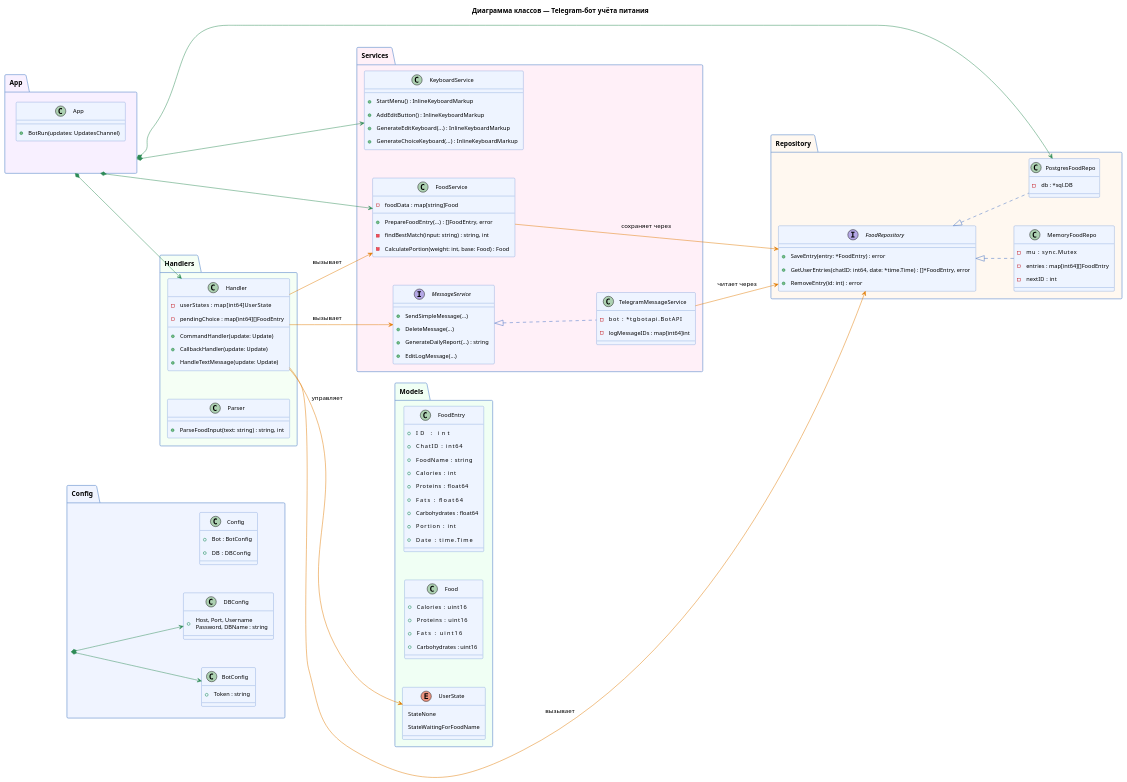
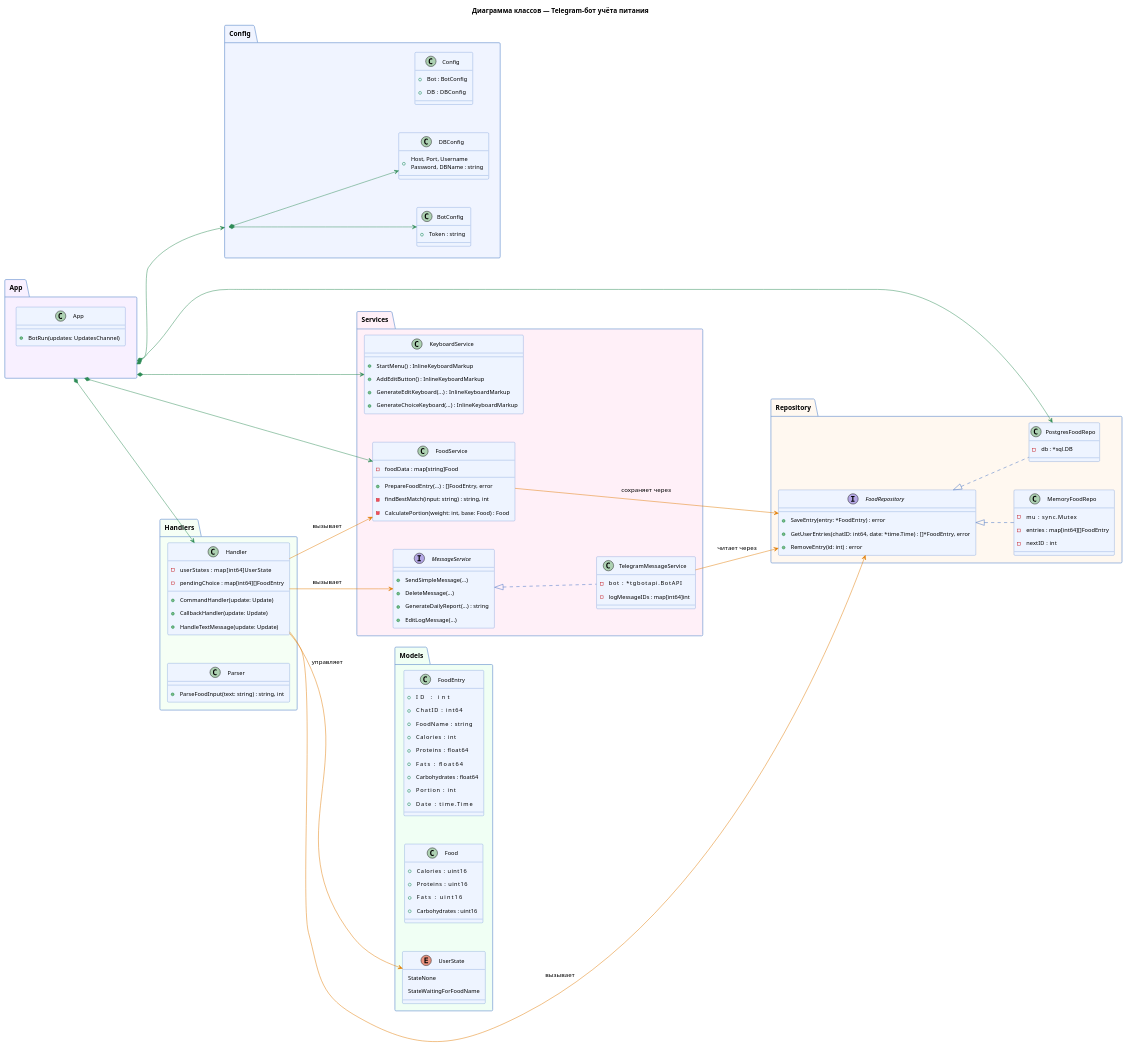
Before and after one commit to AD1N23/Spec: the diagram in Задание 2/classes.puml, drawn with PlantUML. The commit also changed 7 other files, not shown here.

Commit message:
Redesign activity with colored swimlanes, split sequence into seq_1/2/3

```diff
--- a/Задание 2/classes.puml
+++ b/Задание 2/classes.puml
@@ -1,134 +1,135 @@
 @startuml classes
 skinparam ClassBackgroundColor #EEF4FF
 skinparam ClassBorderColor #3A6BC4
 skinparam ClassFontSize 13
 skinparam ClassAttributeFontSize 12
 skinparam PackageBackgroundColor #F5F8FF
 skinparam PackageBorderColor #7A9FD4
 skinparam Padding 6
 skinparam Nodesep 60
 skinparam Ranksep 80
 
 left to right direction
 
 title Диаграмма классов — Telegram-бот учёта питания
 
 package "Config" #F0F4FF {
   class Config {
     +Bot : BotConfig
     +DB  : DBConfig
   }
   class BotConfig {
     +Token : string
   }
   class DBConfig {
     +Host, Port, Username\nPassword, DBName : string
   }
 }
 
 package "Models" #F0FFF4 {
   class FoodEntry {
     +ID            : int
     +ChatID        : int64
     +FoodName      : string
     +Calories      : int
     +Proteins      : float64
     +Fats          : float64
     +Carbohydrates : float64
     +Portion       : int
     +Date          : time.Time
   }
   class Food {
     +Calories      : uint16
     +Proteins      : uint16
     +Fats          : uint16
     +Carbohydrates : uint16
   }
   enum UserState {
     StateNone
     StateWaitingForFoodName
   }
 }
 
 package "Repository" #FFF8F0 {
   interface FoodRepository {
     +SaveEntry(entry: *FoodEntry) : error
     +GetUserEntries(chatID: int64, date: *time.Time) : []*FoodEntry, error
     +RemoveEntry(id: int) : error
   }
   class PostgresFoodRepo {
     -db : *sql.DB
   }
   class MemoryFoodRepo {
     -mu      : sync.Mutex
     -entries : map[int64][]FoodEntry
     -nextID  : int
   }
 }
 
 package "Services" #FFF0F8 {
   interface MessageService {
     +SendSimpleMessage(...)
     +DeleteMessage(...)
     +GenerateDailyReport(...) : string
     +EditLogMessage(...)
   }
   class TelegramMessageService {
     -bot           : *tgbotapi.BotAPI
     -logMessageIDs : map[int64]int
   }
   class KeyboardService {
     +StartMenu() : InlineKeyboardMarkup
     +AddEditButton() : InlineKeyboardMarkup
     +GenerateEditKeyboard(...) : InlineKeyboardMarkup
     +GenerateChoiceKeyboard(...) : InlineKeyboardMarkup
   }
   class FoodService {
     -foodData : map[string]Food
     +PrepareFoodEntry(...) : []FoodEntry, error
     -findBestMatch(input: string) : string, int
     -CalculatePortion(weight: int, base: Food) : Food
   }
 }
 
 package "Handlers" #F5FFF5 {
   class Handler {
     -userStates    : map[int64]UserState
     -pendingChoice : map[int64][]FoodEntry
     +CommandHandler(update: Update)
     +CallbackHandler(update: Update)
     +HandleTextMessage(update: Update)
   }
   class Parser {
     +ParseFoodInput(text: string) : string, int
   }
 }
 
 package "App" #F8F0FF {
   class App {
     +BotRun(updates: UpdatesChannel)
   }
 }
 
 ' ── Реализация интерфейсов (синий) ───────────────────
 FoodRepository <|.. PostgresFoodRepo #3A6BC4
 FoodRepository <|.. MemoryFoodRepo #3A6BC4
 MessageService <|.. TelegramMessageService #3A6BC4
 
 ' ── Агрегация / владение (зелёный) ──────────────────
 App *--> Handler #2E8B57
 App *--> PostgresFoodRepo #2E8B57
 App *--> FoodService #2E8B57
 App *--> KeyboardService #2E8B57
+App *--> Config #2E8B57
 Config *--> BotConfig #2E8B57
 Config *--> DBConfig #2E8B57
 
 ' ── Использование / зависимость (оранжевый) ──────────
 Handler --> FoodService #E07B00 : вызывает
 Handler --> FoodRepository #E07B00 : вызывает
 Handler --> MessageService #E07B00 : вызывает
 Handler --> UserState #E07B00 : управляет
 FoodService --> FoodRepository #E07B00 : сохраняет через
 TelegramMessageService --> FoodRepository #E07B00 : читает через
 
 @enduml
```
